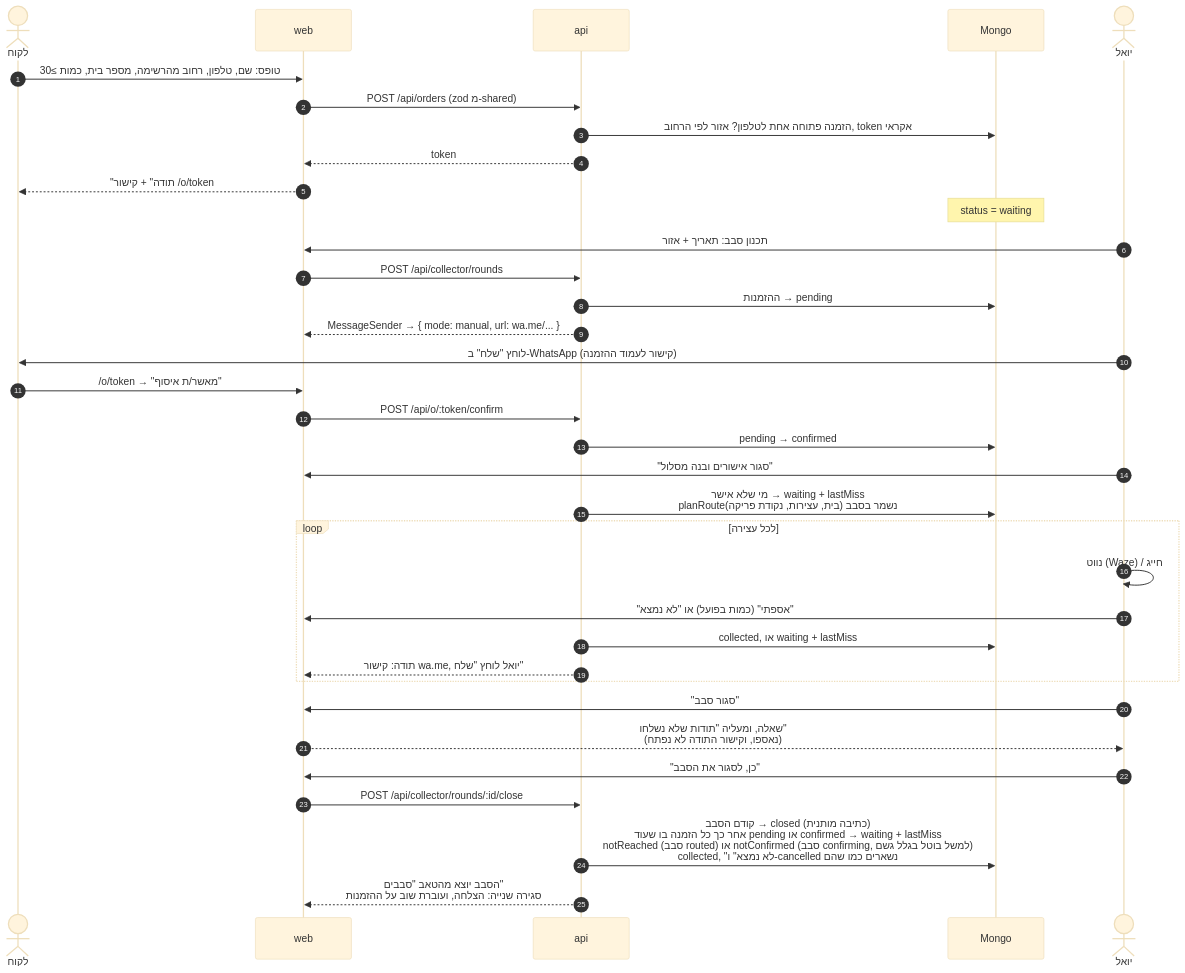
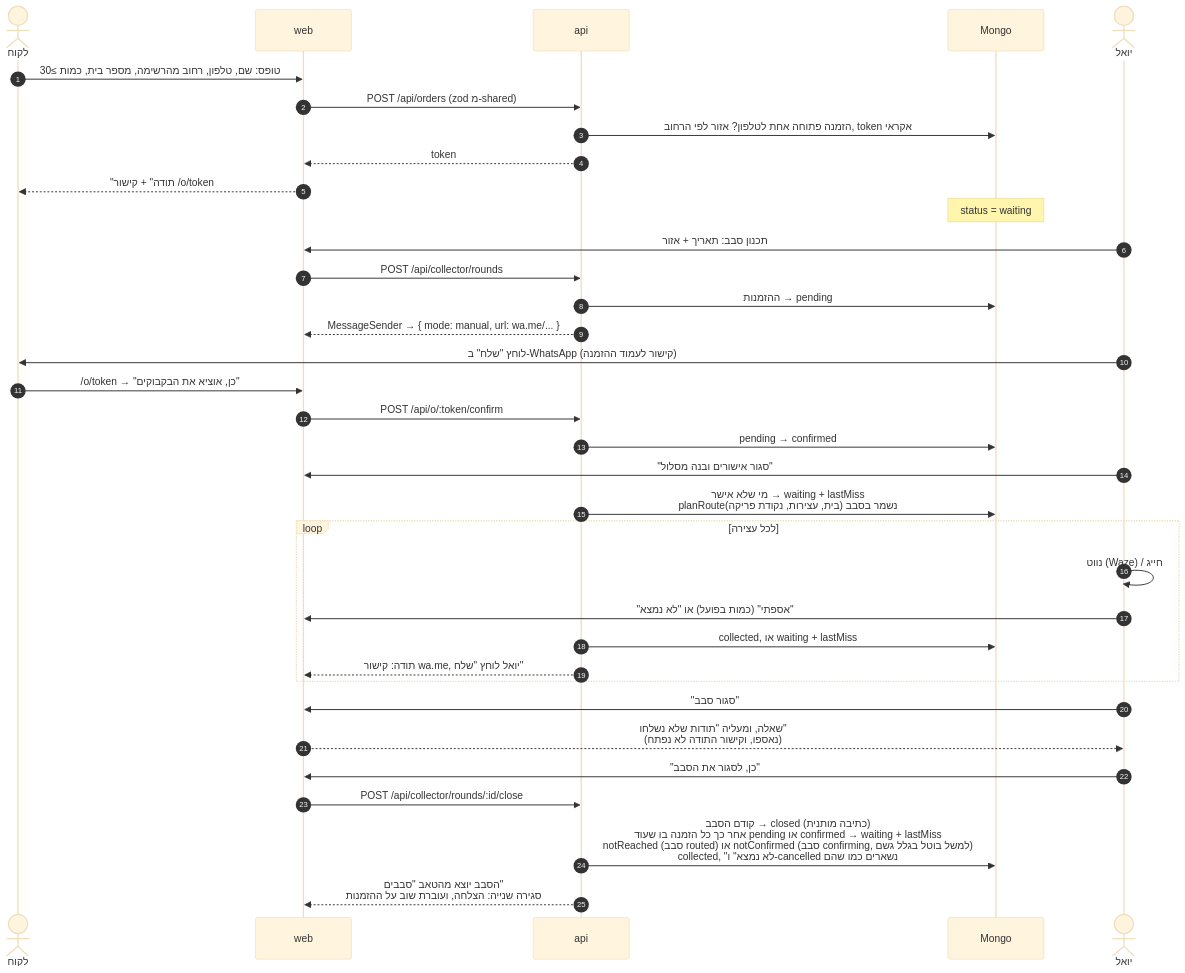
One commit to uriel-s/Latet-od changed the second of 3 diagrams in ARCHITECTURE.md. Above: the diagram before and after it, drawn with Mermaid (base theme). The commit also changed 18 other files, not shown here.

````diff
--- a/ARCHITECTURE.md
+++ b/ARCHITECTURE.md
@@ -64,41 +64,41 @@
 ```mermaid
 sequenceDiagram
     autonumber
     actor L as לקוח
     participant W as web
     participant A as api
     participant D as Mongo
     actor Y as יואל
 
     L->>W: טופס: שם, טלפון, רחוב מהרשימה, מספר בית, כמות ≥30
     W->>A: POST /api/orders (zod מ-shared)
     A->>D: הזמנה פתוחה אחת לטלפון? אזור לפי הרחוב, token אקראי
     A-->>W: token
     W-->>L: "תודה" + קישור /o/token
     Note over D: status = waiting
 
     Y->>W: תכנון סבב: תאריך + אזור
     W->>A: POST /api/collector/rounds
     A->>D: ההזמנות → pending
     A-->>W: MessageSender → { mode: manual, url: wa.me/... }
     Y->>L: לוחץ "שלח" ב-WhatsApp (קישור לעמוד ההזמנה)
 
-    L->>W: /o/token → "מאשר/ת איסוף"
+    L->>W: /o/token → "כן, אוציא את הבקבוקים"
     W->>A: POST /api/o/:token/confirm
     A->>D: pending → confirmed
 
     Y->>W: "סגור אישורים ובנה מסלול"
     A->>D: מי שלא אישר → waiting + lastMiss<br/>planRoute(בית, עצירות, נקודת פריקה) נשמר בסבב
     loop לכל עצירה
         Y->>Y: נווט (Waze) / חייג
         Y->>W: "אספתי" (כמות בפועל) או "לא נמצא"
         A->>D: collected, או waiting + lastMiss
         A-->>W: תודה: קישור wa.me, יואל לוחץ "שלח"
     end
     Y->>W: "סגור סבב"
     W-->>Y: שאלה, ומעליה "תודות שלא נשלחו"<br/>(נאספו, וקישור התודה לא נפתח)
     Y->>W: "כן, לסגור את הסבב"
     W->>A: POST /api/collector/rounds/:id/close
     A->>D: קודם הסבב → closed (כתיבה מותנית)<br/>אחר כך כל הזמנה בו שעוד pending או confirmed → waiting + lastMiss<br/>notReached (סבב routed) או notConfirmed (סבב confirming, למשל בוטל בגלל גשם)<br/>collected, "לא נמצא" ו-cancelled נשארים כמו שהם
     A-->>W: הסבב יוצא מהטאב "סבבים"<br/>סגירה שנייה: הצלחה, ועוברת שוב על ההזמנות
 ```
````
